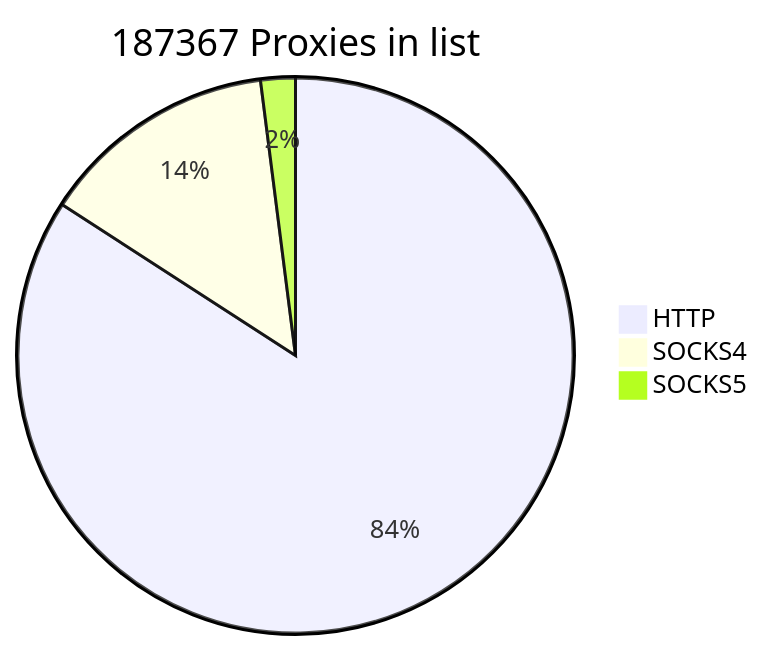
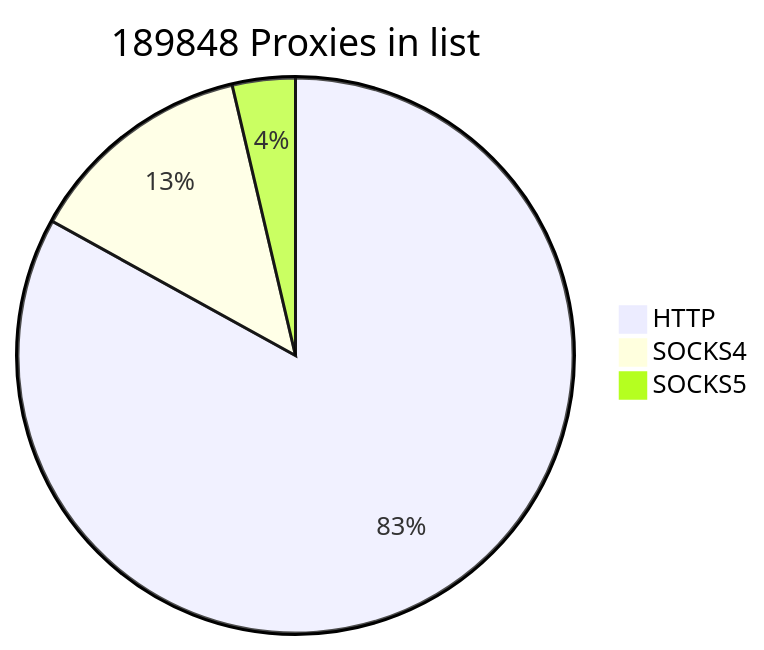
One commit to cutipu/proxylist changed the first of 2 diagrams in README.md. Above: the diagram before and after it, drawn with Mermaid. The commit also changed other lines of this file, not shown here.

````diff
--- a/README.md
+++ b/README.md
@@ -2,7 +2,7 @@
 ```mermaid
-pie title 187367 Proxies in list
-    "HTTP" : 157646
-    "SOCKS4" : 25943
-    "SOCKS5" : 3778
+pie title 189848 Proxies in list
+    "HTTP" : 157621
+    "SOCKS4" : 25275
+    "SOCKS5" : 6952
             
 ```
````
